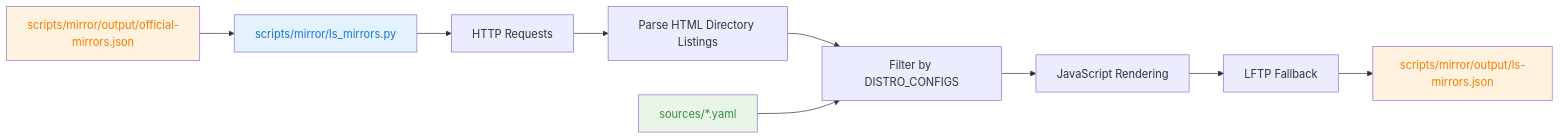
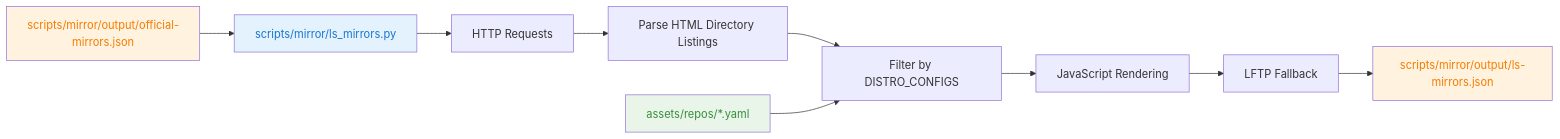
Before and after one commit to xiaobingling93-pixel/openeuler-epkg: the third of 6 diagrams in scripts/mirror/README.md, drawn with Mermaid. The commit also changed other lines of this file and 27 other files, not shown here.

````diff
--- a/scripts/mirror/README.md
+++ b/scripts/mirror/README.md
@@ -401,17 +403,17 @@
 ```mermaid
 graph LR
     A[scripts/mirror/output/official-mirrors.json] --> B[scripts/mirror/ls_mirrors.py]
     B --> C[HTTP Requests]
     C --> D[Parse HTML Directory Listings]
     D --> E[Filter by DISTRO_CONFIGS]
     E --> F[JavaScript Rendering]
     F --> G[LFTP Fallback]
     G --> H[scripts/mirror/output/ls-mirrors.json]
 
-    I[sources/*.yaml] --> E
+    I[assets/repos/*.yaml] --> E
 
     style B fill:#e3f2fd,color:#1976d2
     style A fill:#fff3e0,color:#f57c00
     style H fill:#fff3e0,color:#f57c00
     style I fill:#e8f5e8,color:#388e3c
 ```
````
